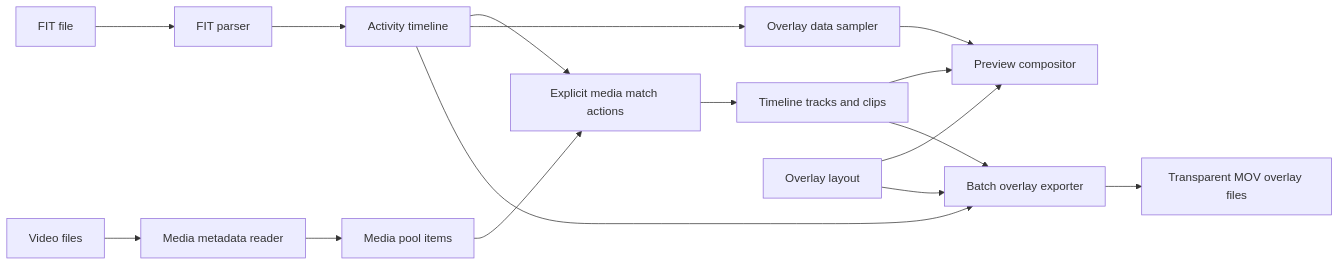
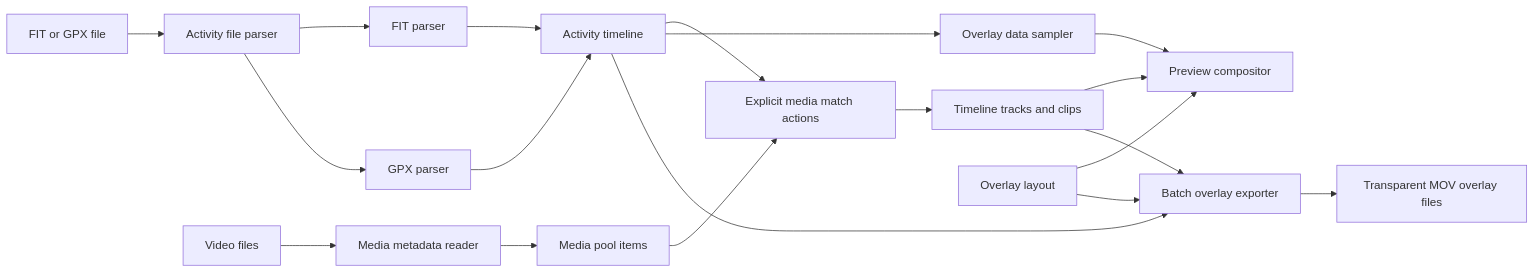
The diagram in docs/architecture.md (zijianwang90/running_overlay), drawn with Mermaid before and after one commit. The commit also changed other lines of this file and 49 other files, not shown here.

First line of the commit message:
Add GPX activity import support (#24)

````diff
--- a/docs/architecture.md
+++ b/docs/architecture.md
@@ -11,22 +11,25 @@
 ```mermaid
 flowchart LR
-  FIT["FIT file"] --> FitParser["FIT parser"]
+  ActivityFiles["FIT or GPX file"] --> ActivityRouter["Activity file parser"]
+  ActivityRouter --> FitParser["FIT parser"]
+  ActivityRouter --> GpxParser["GPX parser"]
   FitParser --> ActivityTimeline["Activity timeline"]
+  GpxParser --> ActivityTimeline
 
   Videos["Video files"] --> MetadataReader["Media metadata reader"]
   MetadataReader --> MediaItems["Media pool items"]
 
   ActivityTimeline --> MatchActions["Explicit media match actions"]
   MediaItems --> MatchActions
   MatchActions --> Timeline["Timeline tracks and clips"]
 
   ActivityTimeline --> OverlayEngine["Overlay data sampler"]
   Timeline --> Preview["Preview compositor"]
   OverlayEngine --> Preview
   OverlayLayout["Overlay layout"] --> Preview
 
   Timeline --> Exporter["Batch overlay exporter"]
   ActivityTimeline --> Exporter
   OverlayLayout --> Exporter
   Exporter --> OverlayFiles["Transparent MOV overlay files"]
 ```
````
